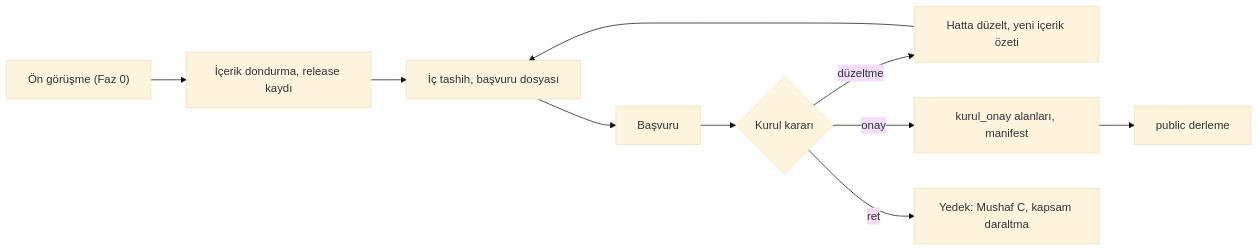
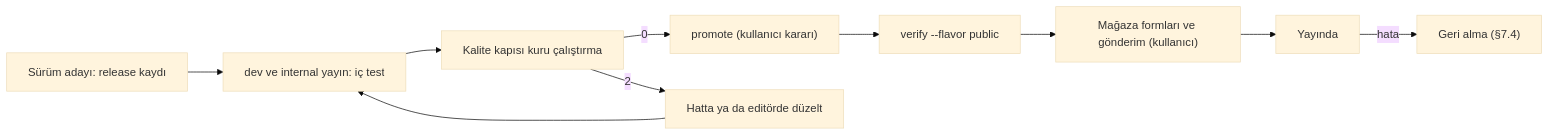
Before and after one commit to karasaid379-hue/mutalaa: the diagram in docs/07-yayin/01-yayin-sureci.md, drawn with Mermaid (base theme). The commit also changed other lines of this file and 39 other files, not shown here.

````diff
--- a/docs/07-yayin/01-yayin-sureci.md
+++ b/docs/07-yayin/01-yayin-sureci.md
@@ -188,12 +125,12 @@
 ```mermaid
 flowchart LR
-  A["Ön görüşme (Faz 0)"] --> B["İçerik dondurma, release kaydı"]
-  B --> C["İç tashih, başvuru dosyası"]
-  C --> D["Başvuru"]
-  D --> E{"Kurul kararı"}
-  E -->|"düzeltme"| F["Hatta düzelt, yeni içerik özeti"]
-  F --> C
-  E -->|"onay"| G["kurul_onay alanları, manifest"]
-  G --> H["public derleme"]
-  E -->|"ret"| I["Yedek: Mushaf C, kapsam daraltma"]
+  A["Sürüm adayı: release kaydı"] --> B["dev ve internal yayın: iç test"]
+  B --> C["Kalite kapısı kuru çalıştırma"]
+  C -->|"0"| D["promote (kullanıcı kararı)"]
+  C -->|"2"| F["Hatta ya da editörde düzelt"]
+  F --> B
+  D --> E["verify --flavor public"]
+  E --> G["Mağaza formları ve gönderim (kullanıcı)"]
+  G --> H["Yayında"]
+  H -->|"hata"| I["Geri alma (§7.4)"]
 ```
````
